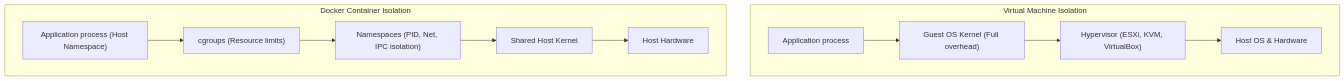
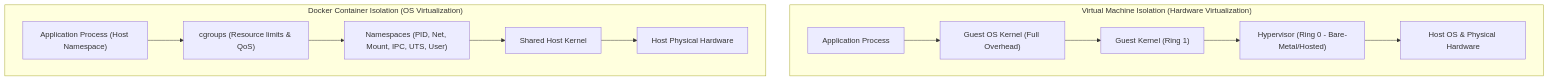
Before and after one commit to kmashour/BrainDump: the first of 4 diagrams in Reference Notes/2-1_docker_fundamentals_and_containers.md, drawn with Mermaid. The commit also changed other lines of this file and 152 other files, not shown here.

````diff
--- a/Reference Notes/2-1_docker_fundamentals_and_containers.md
+++ b/Reference Notes/2-1_docker_fundamentals_and_containers.md
@@ -16,15 +16,16 @@
 ```mermaid
 graph TD
-    subgraph VM["Virtual Machine Isolation"]
-        AppV["Application process"] --> GuestOS["Guest OS Kernel (Full overhead)"]
-        GuestOS --> Hypervisor["Hypervisor (ESXi, KVM, VirtualBox)"]
-        Hypervisor --> HostOS1["Host OS & Hardware"]
+    subgraph VM["Virtual Machine Isolation (Hardware Virtualization)"]
+        AppV["Application Process"] --> GuestOS["Guest OS Kernel (Full Overhead)"]
+        GuestOS --> Ring1["Guest Kernel (Ring 1)"]
+        Ring1 --> Hypervisor["Hypervisor (Ring 0 - Bare-Metal/Hosted)"]
+        Hypervisor --> HostOS1["Host OS & Physical Hardware"]
     end
 
-    subgraph DockerContainer["Docker Container Isolation"]
-        AppC["Application process (Host Namespace)"] --> cgroups["cgroups (Resource limits)"]
-        cgroups --> namespaces["Namespaces (PID, Net, IPC isolation)"]
+    subgraph DockerContainer["Docker Container Isolation (OS Virtualization)"]
+        AppC["Application Process (Host Namespace)"] --> cgroups["cgroups (Resource limits & QoS)"]
+        cgroups --> namespaces["Namespaces (PID, Net, Mount, IPC, UTS, User)"]
         namespaces --> HostKernel["Shared Host Kernel"]
-        HostKernel --> HostOS2["Host Hardware"]
+        HostKernel --> HostOS2["Host Physical Hardware"]
     end
 ```
````
